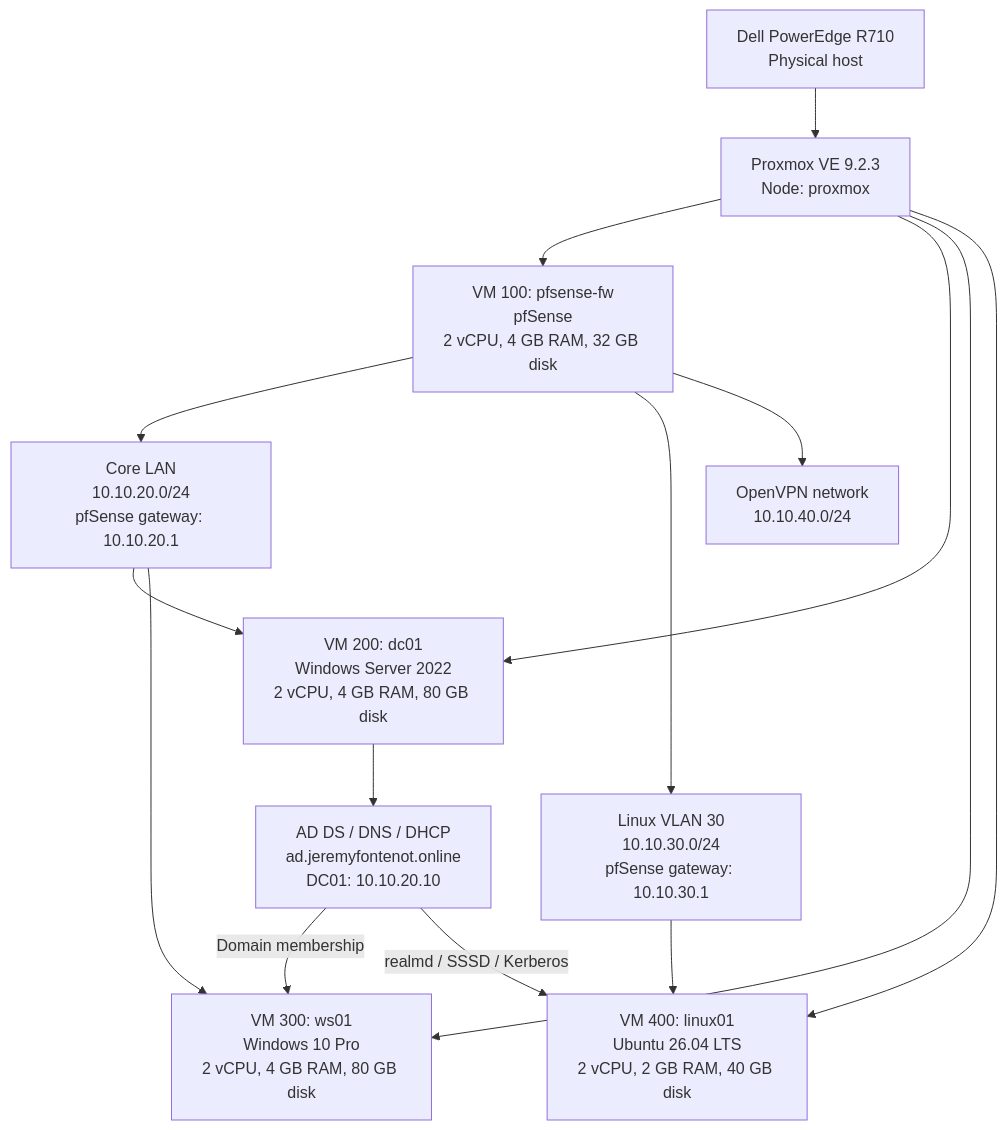
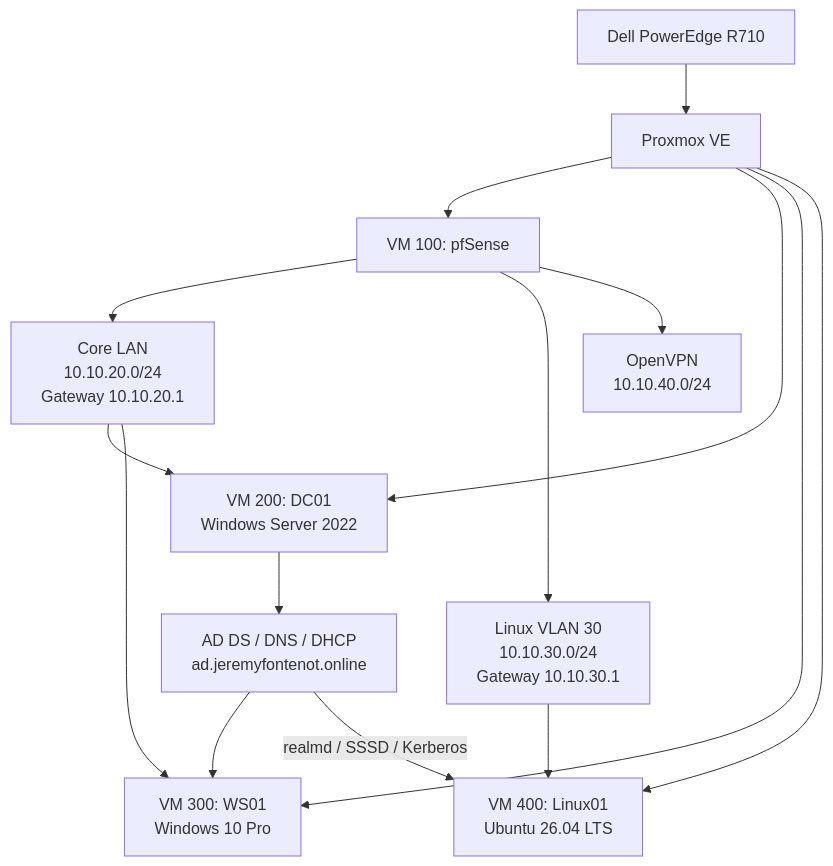
The diagram in docs/hybrid-infrastructure-documentation/architecture/infrastructure-overview.md (fontenotjeremy71-hub/jeremyfontenot), drawn with Mermaid before and after one commit. The commit also changed other lines of this file, not shown here.

````diff
--- a/docs/hybrid-infrastructure-documentation/architecture/infrastructure-overview.md
+++ b/docs/hybrid-infrastructure-documentation/architecture/infrastructure-overview.md
@@ -20,28 +37,23 @@
 ```mermaid
 flowchart TB
-    Host[Dell PowerEdge R710<br/>Physical host]
-    PX[Proxmox VE 9.2.3<br/>Node: proxmox]
+    Host[Dell PowerEdge R710]
+    PX[Proxmox VE]
     Host --> PX
-
-    P[VM 100: pfsense-fw<br/>pfSense<br/>2 vCPU, 4 GB RAM, 32 GB disk]
-    DC[VM 200: dc01<br/>Windows Server 2022<br/>2 vCPU, 4 GB RAM, 80 GB disk]
-    WS[VM 300: ws01<br/>Windows 10 Pro<br/>2 vCPU, 4 GB RAM, 80 GB disk]
-    L[VM 400: linux01<br/>Ubuntu 26.04 LTS<br/>2 vCPU, 2 GB RAM, 40 GB disk]
-
+    P[VM 100: pfSense]
+    DC[VM 200: DC01<br/>Windows Server 2022]
+    WS[VM 300: WS01<br/>Windows 10 Pro]
+    L[VM 400: Linux01<br/>Ubuntu 26.04 LTS]
     PX --> P
     PX --> DC
     PX --> WS
     PX --> L
-
-    P --> Core[Core LAN<br/>10.10.20.0/24<br/>pfSense gateway: 10.10.20.1]
-    P --> Linux[Linux VLAN 30<br/>10.10.30.0/24<br/>pfSense gateway: 10.10.30.1]
-    P --> VPN[OpenVPN network<br/>10.10.40.0/24]
-
+    P --> Core[Core LAN<br/>10.10.20.0/24<br/>Gateway 10.10.20.1]
+    P --> Linux[Linux VLAN 30<br/>10.10.30.0/24<br/>Gateway 10.10.30.1]
+    P --> VPN[OpenVPN<br/>10.10.40.0/24]
     Core --> DC
     Core --> WS
     Linux --> L
-
-    DC --> AD[AD DS / DNS / DHCP<br/>ad.jeremyfontenot.online<br/>DC01: 10.10.20.10]
-    AD -->|Domain membership| WS
+    DC --> AD[AD DS / DNS / DHCP<br/>ad.jeremyfontenot.online]
+    AD --> WS
     AD -->|realmd / SSSD / Kerberos| L
 ```
````
